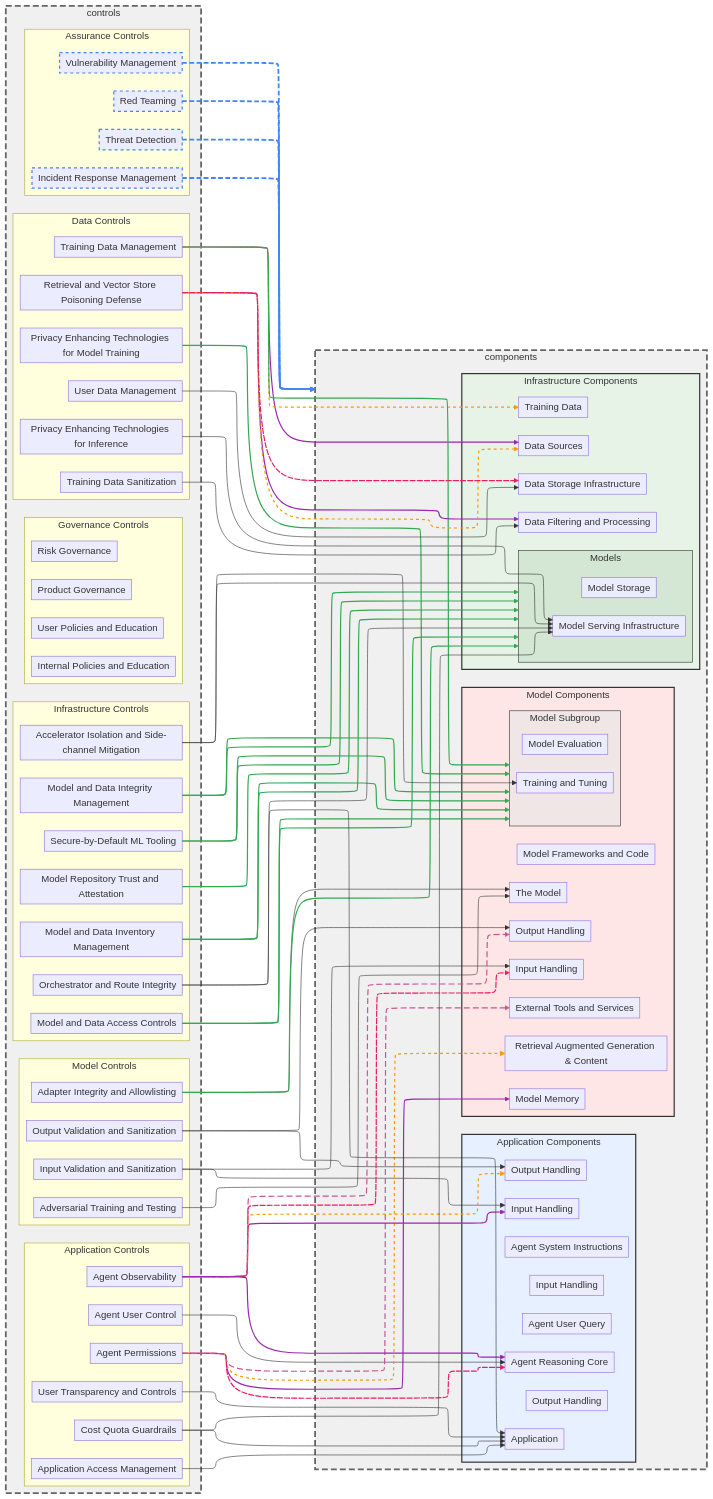
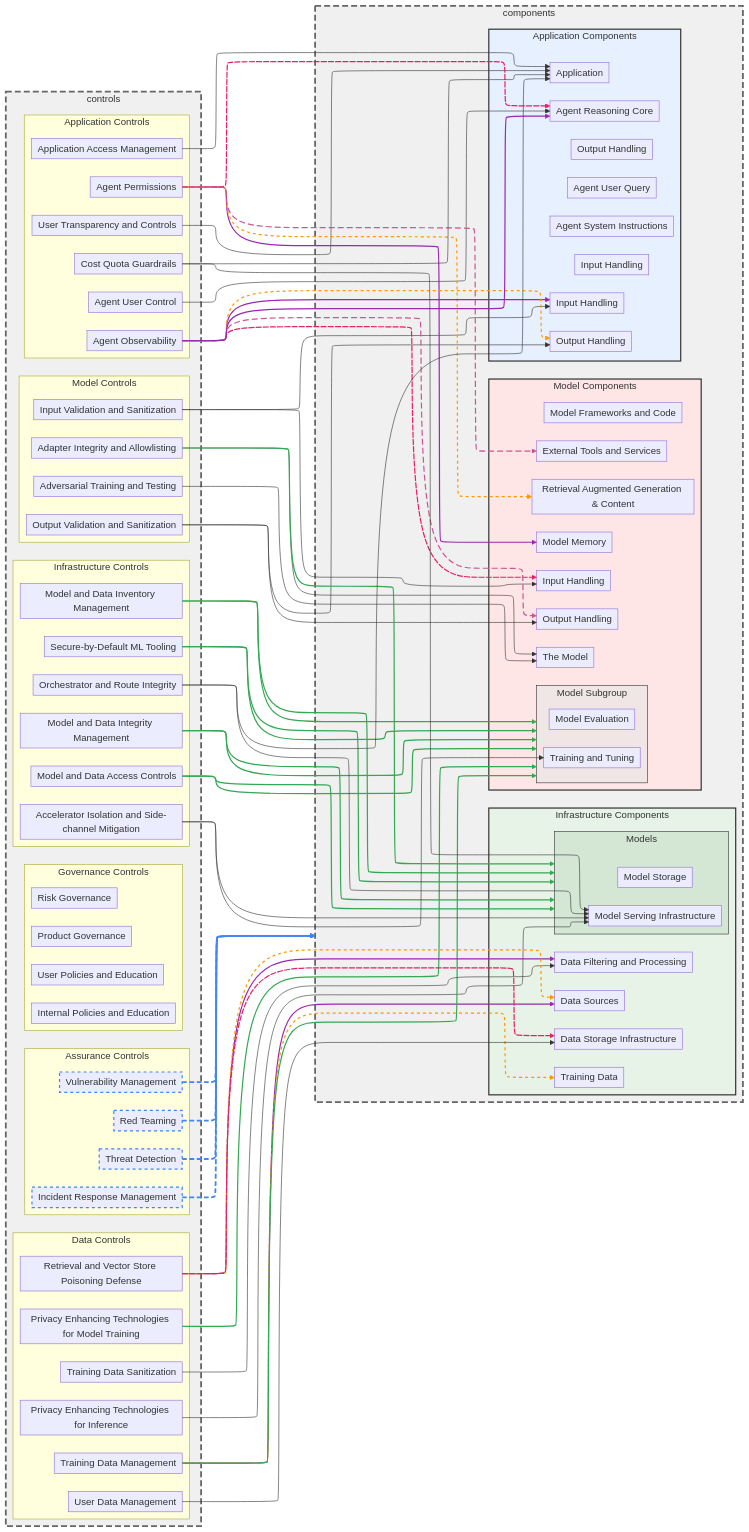
One commit to davidlabianca/secure-ai-tooling changed the diagram in risk-map/diagrams/controls-graph.md. Above: the diagram before and after it, drawn with Mermaid. The commit also changed 13 other files, not shown here.

First line of the commit message:
[Controls][Revert] Add control: Model Repository Trust and Attestation

```diff
--- a/risk-map/diagrams/controls-graph.md
+++ b/risk-map/diagrams/controls-graph.md
@@ -27,7 +27,6 @@
         controlModelAndDataAccessControls[Model and Data Access Controls]
         controlModelAndDataIntegrityManagement[Model and Data Integrity Management]
         controlModelAndDataInventoryManagement[Model and Data Inventory Management]
-        controlModelRepositoryTrustAndAttestation[Model Repository Trust and Attestation]
         controlOrchestratorAndRouteIntegrity[Orchestrator and Route Integrity]
         controlSecureByDefaultMLTooling[Secure-by-Default ML Tooling]
     end
@@ -150,7 +149,6 @@
     controlAdapterIntegrityAndAllowlisting --> componentsModels
     controlOrchestratorAndRouteIntegrity --> componentApplication
     controlOrchestratorAndRouteIntegrity --> componentModelServing
-    controlModelRepositoryTrustAndAttestation --> componentsModels
     controlCostQuotaGuardrails --> componentApplication
     controlCostQuotaGuardrails --> componentModelServing
 
@@ -162,7 +160,7 @@
 
     %% Edge styling
     linkStyle 27,28,29,30 stroke:#4285f4,stroke-width:3px,stroke-dasharray: 8 4
-    linkStyle 0,4,7,8,9,10,11,12,13,14,42,45 stroke:#34a853,stroke-width:2px
+    linkStyle 0,4,7,8,9,10,11,12,13,14,42 stroke:#34a853,stroke-width:2px
     linkStyle 2,23,31,35,38 stroke:#9c27b0,stroke-width:2px
     linkStyle 3,24,32,39 stroke:#ff9800,stroke-width:2px,stroke-dasharray: 5 5
     linkStyle 25,33,40 stroke:#e91e63,stroke-width:2px,stroke-dasharray: 10 2
```
